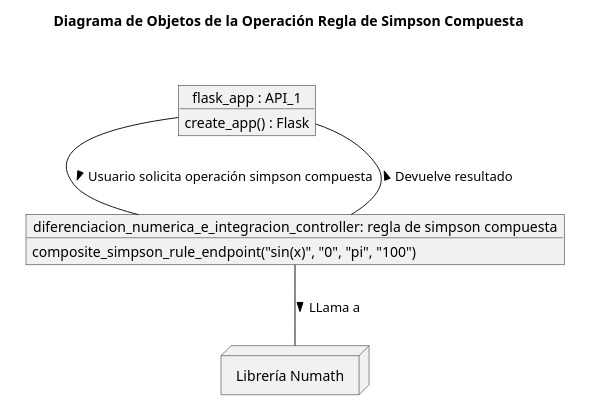
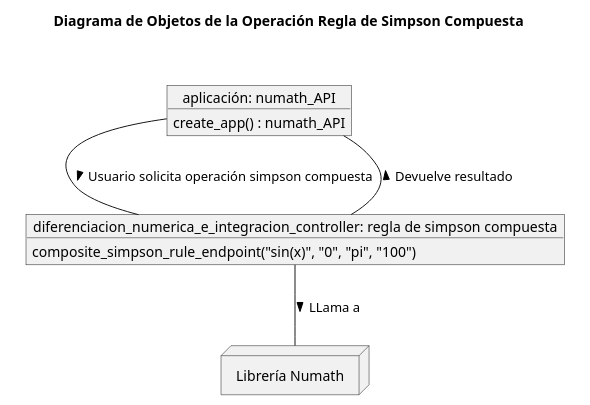
The diagram in modelosUML/diagramaObjertosSimpsonCompuesta.puml (rodri5villa/numath-API), drawn with PlantUML before and after one commit. The commit also changed 30 other files, not shown here.

```diff
--- a/modelosUML/diagramaObjertosSimpsonCompuesta.puml
+++ b/modelosUML/diagramaObjertosSimpsonCompuesta.puml
@@ -1,25 +1,25 @@
 @startuml
 
 skinparam packageBorderColor white
 skinparam packageBackgroundColor white
 
 title Diagrama de Objetos de la Operación Regla de Simpson Compuesta
 
 package " " {
-  object "flask_app : API_1" as flask_app {
-    create_app() : Flask
+  object "aplicación: numath_API" as flask_app {
+    create_app() : numath_API
   }
   
   object "diferenciacion_numerica_e_integracion_controller: regla de simpson compuesta" as operaciones {
     composite_simpson_rule_endpoint("sin(x)", "0", "pi", "100")  
   }
 }
 
 node "Librería Numath" as PyLibrary {
 }
 
 flask_app -- operaciones: "Usuario solicita operación simpson compuesta >"
 operaciones -- PyLibrary : "LLama a >"
 operaciones -- flask_app : "Devuelve resultado >"
 
 @enduml
```
